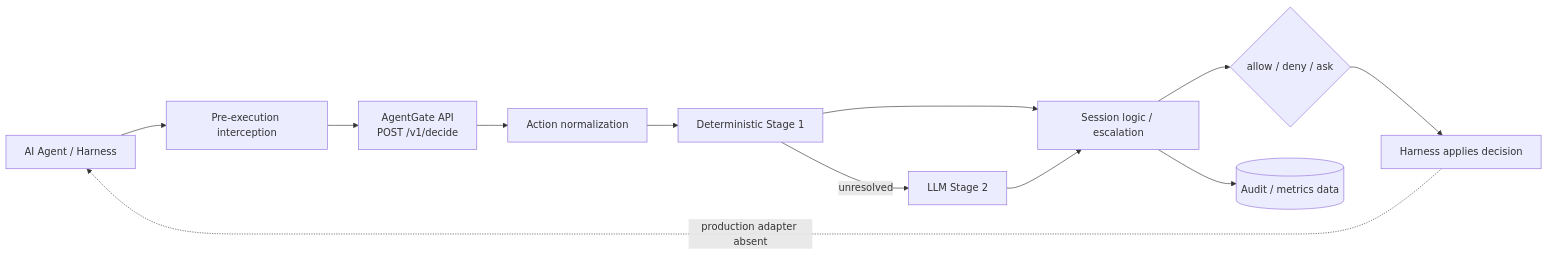
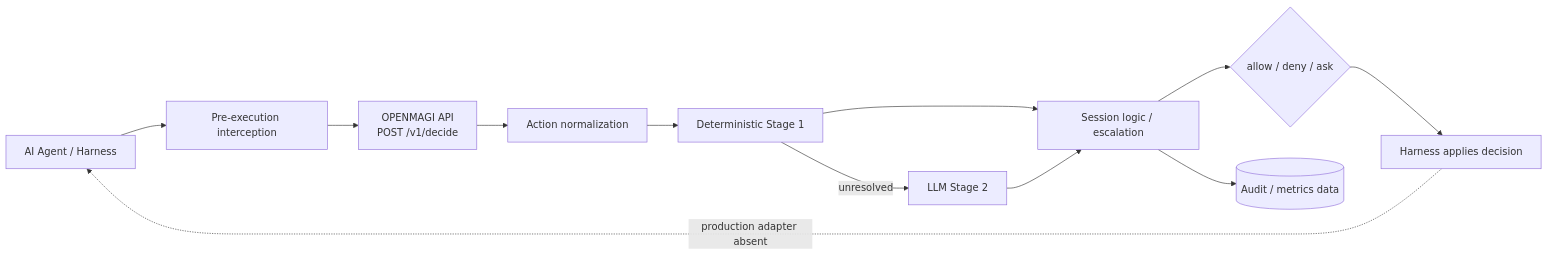
Before and after one commit to iamalexandreevich/ai-product-hack-2026: the first of 2 diagrams in docs/project-context/artifacts/PROJECT_INTERIM.md, drawn with Mermaid. The commit also changed other lines of this file and 16 other files, not shown here.

Commit message:
--rename AgentGate->OPENMAGI (in /docs/project-context)

````diff
--- a/docs/project-context/artifacts/PROJECT_INTERIM.md
+++ b/docs/project-context/artifacts/PROJECT_INTERIM.md
@@ -44,14 +44,14 @@
 ```mermaid
 flowchart LR
     A[AI Agent / Harness] --> I[Pre-execution interception]
-    I --> API[AgentGate API<br/>POST /v1/decide]
+    I --> API[OPENMAGI API<br/>POST /v1/decide]
     API --> N[Action normalization]
     N --> D[Deterministic Stage 1]
     D -->|unresolved| L[LLM Stage 2]
     D --> S[Session logic / escalation]
     L --> S
     S --> V{allow / deny / ask}
     V --> H[Harness applies decision]
     S --> O[(Audit / metrics data)]
     H -. production adapter absent .-> A
 ```
````
